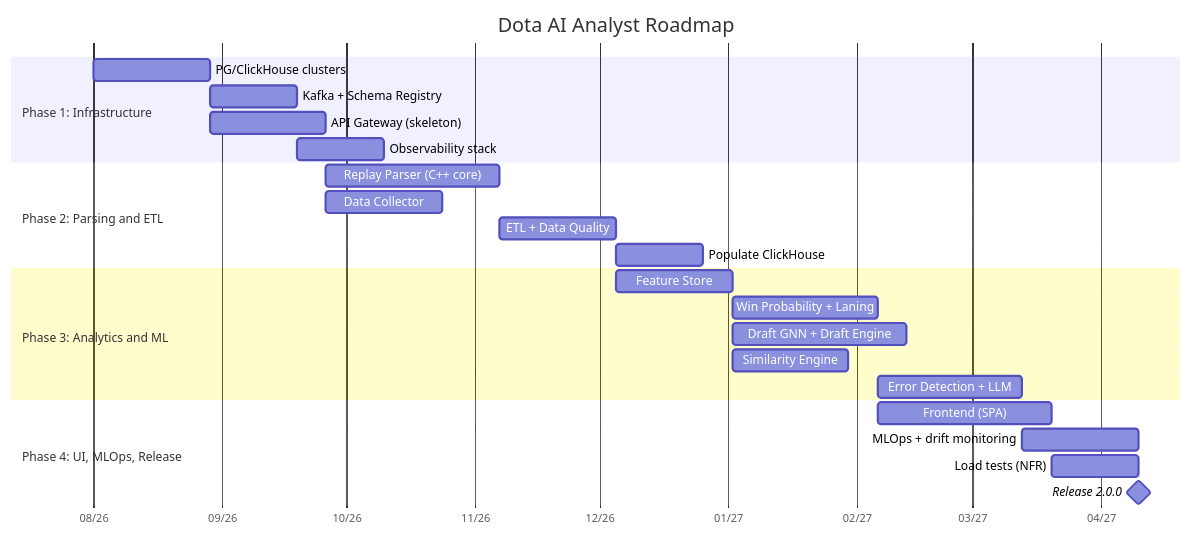
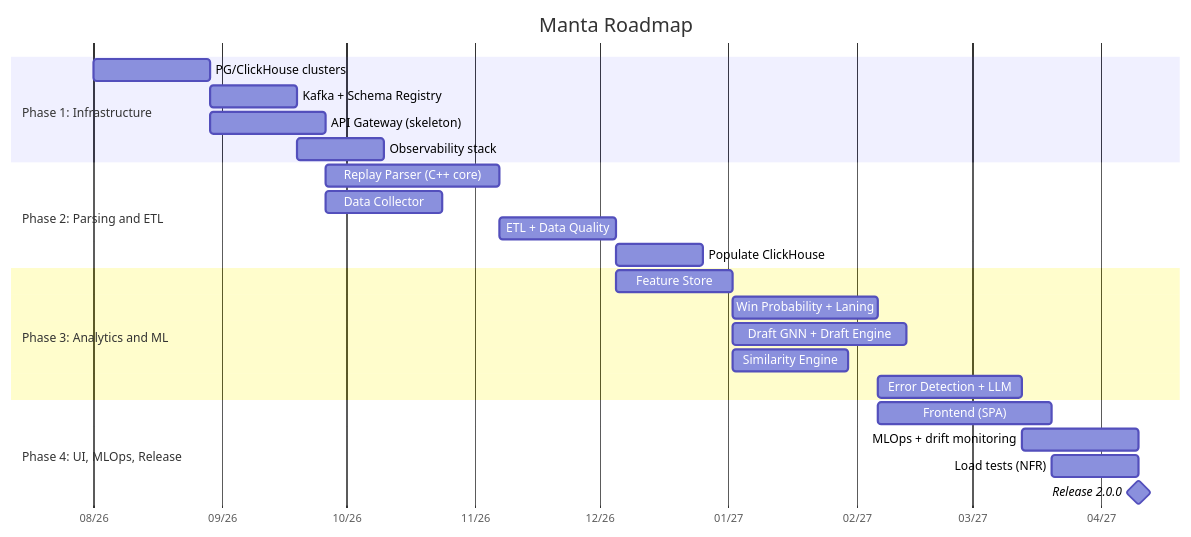
The first of 2 diagrams in docs/specification/en/14-roadmap.md (unmekeed/manta), drawn with Mermaid before and after one commit. The commit also changed 50 other files, not shown here.

````diff
--- a/docs/specification/en/14-roadmap.md
+++ b/docs/specification/en/14-roadmap.md
@@ -16,31 +16,31 @@
 ```mermaid
 gantt
-    title Dota AI Analyst Roadmap
+    title Manta Roadmap
     dateFormat  YYYY-MM-DD
     axisFormat  %m/%y
 
     section Phase 1: Infrastructure
     PG/ClickHouse clusters       :p1a, 2026-08-01, 4w
     Kafka + Schema Registry      :p1b, after p1a, 3w
     API Gateway (skeleton)       :p1c, after p1a, 4w
     Observability stack          :p1d, after p1b, 3w
 
     section Phase 2: Parsing and ETL
     Replay Parser (C++ core)     :p2a, after p1c, 6w
     Data Collector               :p2b, after p1c, 4w
     ETL + Data Quality           :p2c, after p2a, 4w
     Populate ClickHouse          :p2d, after p2c, 3w
 
     section Phase 3: Analytics and ML
     Feature Store                :p3a, after p2c, 4w
     Win Probability + Laning     :p3b, after p3a, 5w
     Draft GNN + Draft Engine     :p3c, after p3a, 6w
     Similarity Engine            :p3d, after p3a, 4w
     Error Detection + LLM        :p3e, after p3b, 5w
 
     section Phase 4: UI, MLOps, Release
     Frontend (SPA)               :p4a, after p3b, 6w
     MLOps + drift monitoring     :p4b, after p3e, 4w
     Load tests (NFR)             :p4c, after p4a, 3w
     Release 2.0.0                :milestone, after p4c, 0d
 ```
````
